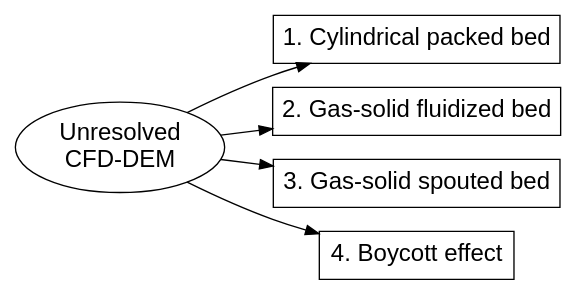
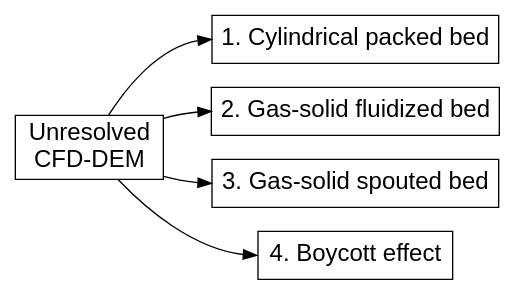
One commit to chaos-polymtl/lethe changed the diagram in doc/source/examples/unresolved-cfd-dem/unresolved-cfd-dem.rst. Above: the diagram before and after it, drawn with Graphviz. The commit also changed other lines of this file and 5 other files, not shown here.

```diff
--- a/doc/source/examples/unresolved-cfd-dem/unresolved-cfd-dem.rst
+++ b/doc/source/examples/unresolved-cfd-dem/unresolved-cfd-dem.rst
@@ -18,26 +19,26 @@
 .. graphviz:: 
 
     digraph unresolved_cfd_dem_diagram {
       graph [align=true];
-      node [fontname=Arial, fontsize=18];
+      node [fontname=Arial, fontsize=18, shape=box];
       center=true;
       fontname="Comic Sans MS";
       fontsize = "20";
       rankdir="LR";
       size = "9,9";
 
       unresolved_cfd_dem [label="Unresolved \nCFD-DEM", href="https://lethe-cfd.github.io/lethe/examples/unresolved-cfd-dem/unresolved-cfd-dem.html"];
 
-      cfd_dem_1 [label="1. Cylindrical packed bed",shape=polygon,sides=4, color=black, href="https://lethe-cfd.github.io/lethe/examples/unresolved-cfd-dem/cylindrical-packed-bed/cylindrical-packed-bed.html"]; 
+      cfd_dem_1 [label="1. Cylindrical packed bed", color=black, href="https://lethe-cfd.github.io/lethe/examples/unresolved-cfd-dem/cylindrical-packed-bed/cylindrical-packed-bed.html"]; 
 
-      cfd_dem_2 [label="2. Gas-solid fluidized bed",shape=polygon,sides=4, color=black, href="https://lethe-cfd.github.io/lethe/examples/unresolved-cfd-dem/gas-solid-fluidized-bed/gas-solid-fluidized-bed.html"]; 
+      cfd_dem_2 [label="2. Gas-solid fluidized bed", color=black, href="https://lethe-cfd.github.io/lethe/examples/unresolved-cfd-dem/gas-solid-fluidized-bed/gas-solid-fluidized-bed.html"]; 
 
-      cfd_dem_3 [label="3. Gas-solid spouted bed",shape=polygon,sides=4, color=black, href="https://lethe-cfd.github.io/lethe/examples/unresolved-cfd-dem/gas-solid-spouted-bed/gas-solid-spouted-bed.html"]; 
+      cfd_dem_3 [label="3. Gas-solid spouted bed", color=black, href="https://lethe-cfd.github.io/lethe/examples/unresolved-cfd-dem/gas-solid-spouted-bed/gas-solid-spouted-bed.html"]; 
 
-      cfd_dem_4 [label="4. Boycott effect",shape=polygon,sides=4, color=black, href="https://lethe-cfd.github.io/lethe/examples/unresolved-cfd-dem/boycott-effect/boycott-effect.html"]; 
+      cfd_dem_4 [label="4. Boycott effect", color=black, href="https://lethe-cfd.github.io/lethe/examples/unresolved-cfd-dem/boycott-effect/boycott-effect.html"]; 
       
-      unresolved_cfd_dem -> cfd_dem_1;
-      unresolved_cfd_dem -> cfd_dem_2;
-      unresolved_cfd_dem -> cfd_dem_3;
-      unresolved_cfd_dem -> cfd_dem_4;
+      unresolved_cfd_dem -> cfd_dem_1:w;
+      unresolved_cfd_dem -> cfd_dem_2:w;
+      unresolved_cfd_dem -> cfd_dem_3:w;
+      unresolved_cfd_dem -> cfd_dem_4:w;
     }
```
